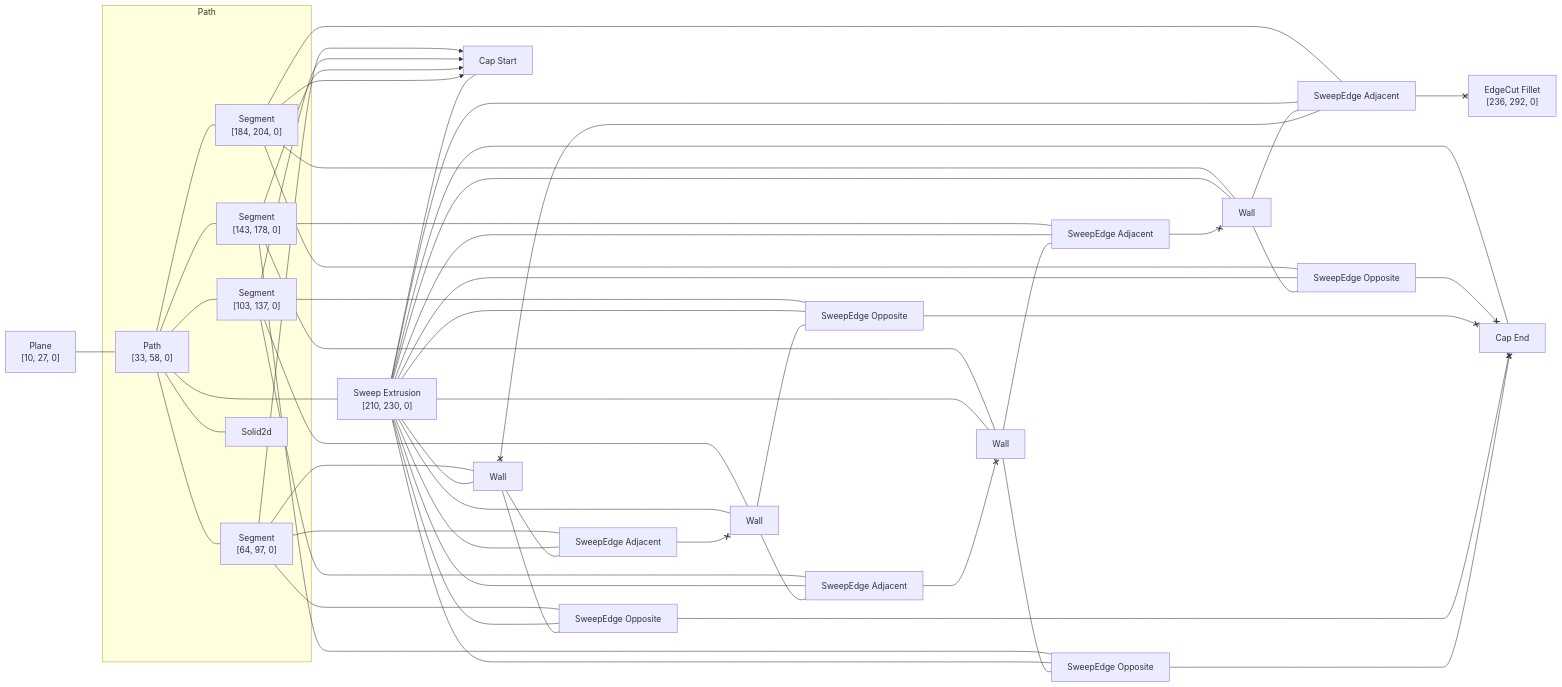
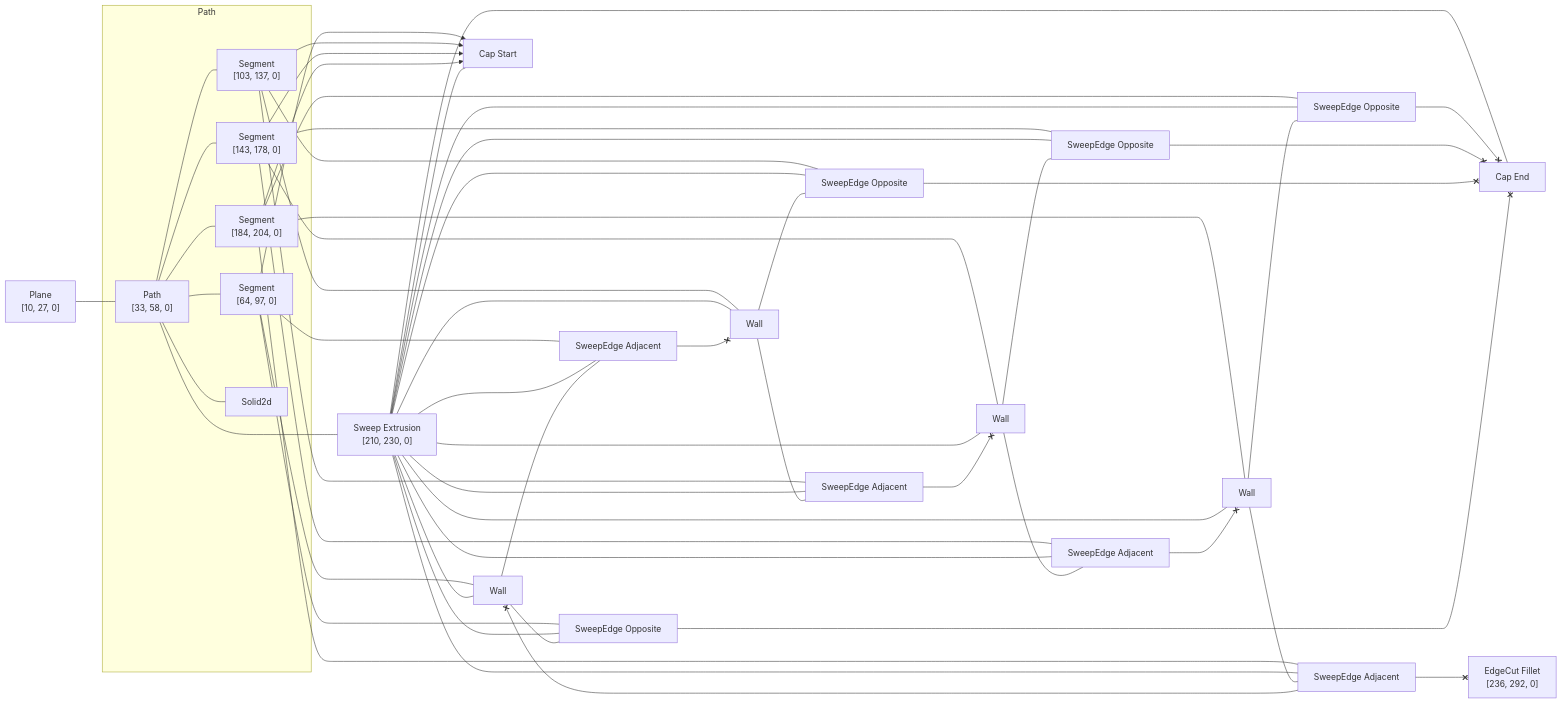
The diagram in rust/kcl-lib/tests/basic_fillet_cube_next_adjacent/artifact_graph_flowchart.snap.md (rajgandhi1/modeling-app), drawn with Mermaid before and after one commit. The commit also changed 101 other files, not shown here.

````diff
--- a/rust/kcl-lib/tests/basic_fillet_cube_next_adjacent/artifact_graph_flowchart.snap.md
+++ b/rust/kcl-lib/tests/basic_fillet_cube_next_adjacent/artifact_graph_flowchart.snap.md
@@ -1,82 +1,82 @@
 ```mermaid
 flowchart LR
   subgraph path2 [Path]
     2["Path<br>[33, 58, 0]"]
     3["Segment<br>[64, 97, 0]"]
     4["Segment<br>[103, 137, 0]"]
     5["Segment<br>[143, 178, 0]"]
     6["Segment<br>[184, 204, 0]"]
     7[Solid2d]
   end
   1["Plane<br>[10, 27, 0]"]
   8["Sweep Extrusion<br>[210, 230, 0]"]
   9[Wall]
   10[Wall]
   11[Wall]
   12[Wall]
   13["Cap Start"]
   14["Cap End"]
   15["SweepEdge Opposite"]
   16["SweepEdge Opposite"]
   17["SweepEdge Opposite"]
   18["SweepEdge Opposite"]
   19["SweepEdge Adjacent"]
   20["SweepEdge Adjacent"]
   21["SweepEdge Adjacent"]
   22["SweepEdge Adjacent"]
   23["EdgeCut Fillet<br>[236, 292, 0]"]
   1 --- 2
   2 --- 3
   2 --- 4
   2 --- 5
   2 --- 6
   2 --- 7
   2 ---- 8
   3 --- 12
   3 x--> 13
-  3 --- 17
+  3 --- 18
   3 --- 22
   4 --- 10
   4 x--> 13
-  4 --- 16
+  4 --- 17
   4 --- 21
   5 --- 9
   5 x--> 13
-  5 --- 18
-  5 --- 19
+  5 --- 16
+  5 --- 20
   6 --- 11
   6 x--> 13
   6 --- 15
-  6 --- 20
+  6 --- 19
   8 --- 9
   8 --- 10
   8 --- 11
   8 --- 12
   8 --- 13
   8 --- 14
   8 --- 15
   8 --- 16
   8 --- 17
   8 --- 18
   8 --- 19
   8 --- 20
   8 --- 21
   8 --- 22
-  9 --- 18
-  9 --- 19
+  9 --- 16
+  9 --- 20
   21 <--x 9
-  10 --- 16
+  10 --- 17
   10 --- 21
   22 <--x 10
   11 --- 15
-  19 <--x 11
-  11 --- 20
-  12 --- 17
-  20 <--x 12
+  11 --- 19
+  20 <--x 11
+  12 --- 18
+  19 <--x 12
   12 --- 22
   15 <--x 14
   16 <--x 14
   17 <--x 14
   18 <--x 14
-  20 <--x 23
+  19 <--x 23
 ```
````
